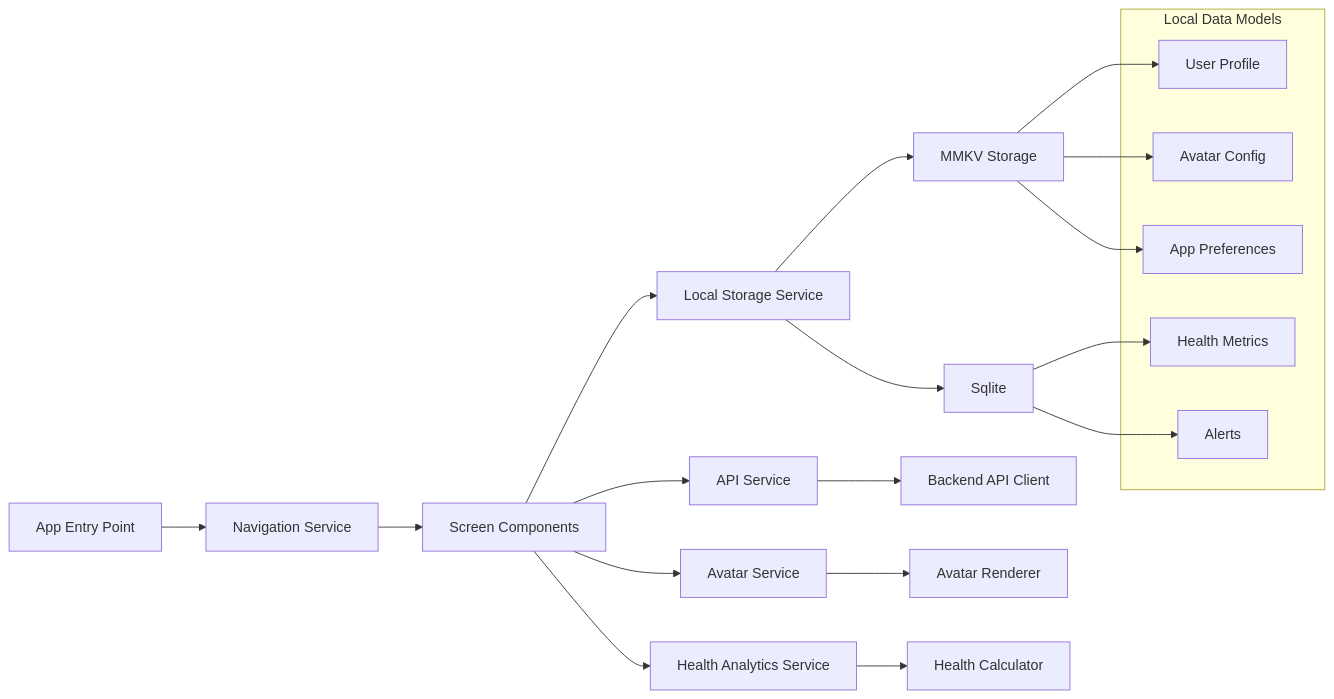
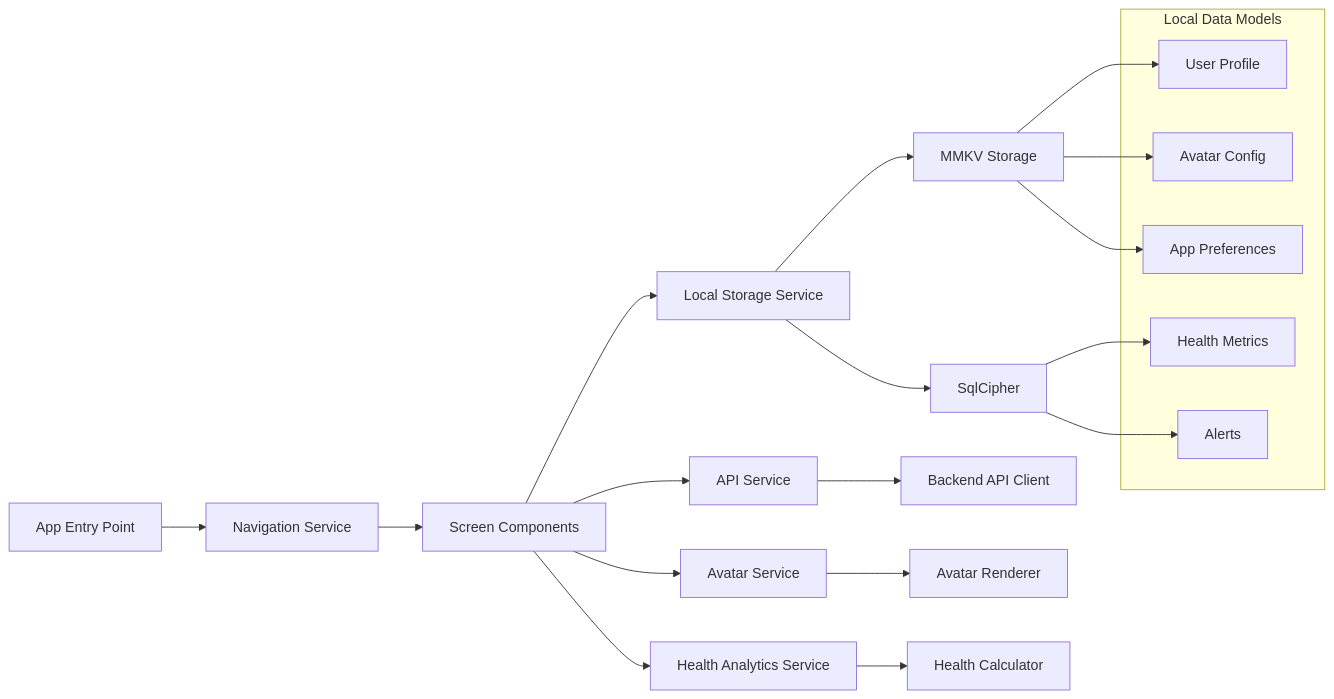
Before and after one commit to atan0168/mirrox: the third of 9 diagrams in docs/ARCHITECTURE.md, drawn with Mermaid. The commit also changed other lines of this file and 13 other files, not shown here.

````diff
--- a/docs/ARCHITECTURE.md
+++ b/docs/ARCHITECTURE.md
@@ -115,30 +137,30 @@
 ```mermaid
 graph LR
     A[App Entry Point] --> B[Navigation Service]
     B --> C[Screen Components]
 
     C --> D[Local Storage Service]
     C --> E[API Service]
     C --> F[Avatar Service]
     C --> G[Health Analytics Service]
 
     D --> H[MMKV Storage]
-    D --> P[Sqlite]
+    D --> P[SqlCipher]
     E --> I[Backend API Client]
     F --> J[Avatar Renderer]
     G --> K[Health Calculator]
 
     subgraph "Local Data Models"
         L[User Profile]
         M[Health Metrics]
         N[Avatar Config]
         O[App Preferences]
         Q[Alerts]
     end
 
     H --> L
     H --> N
     H --> O
     P --> M
     P --> Q
 ```
````
